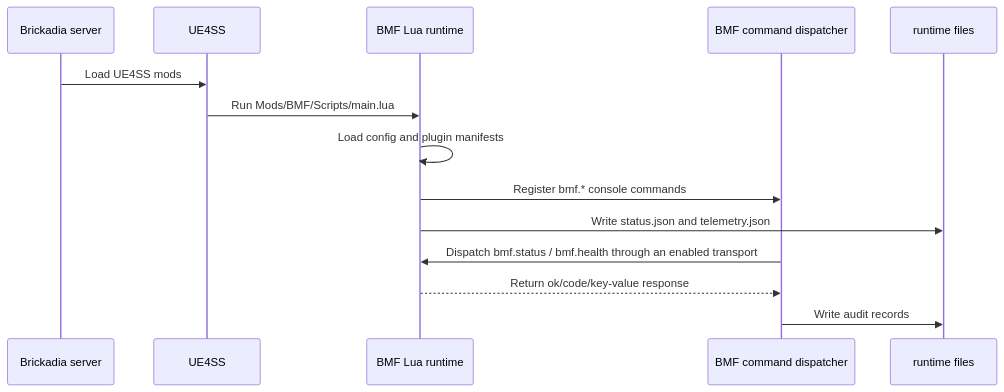
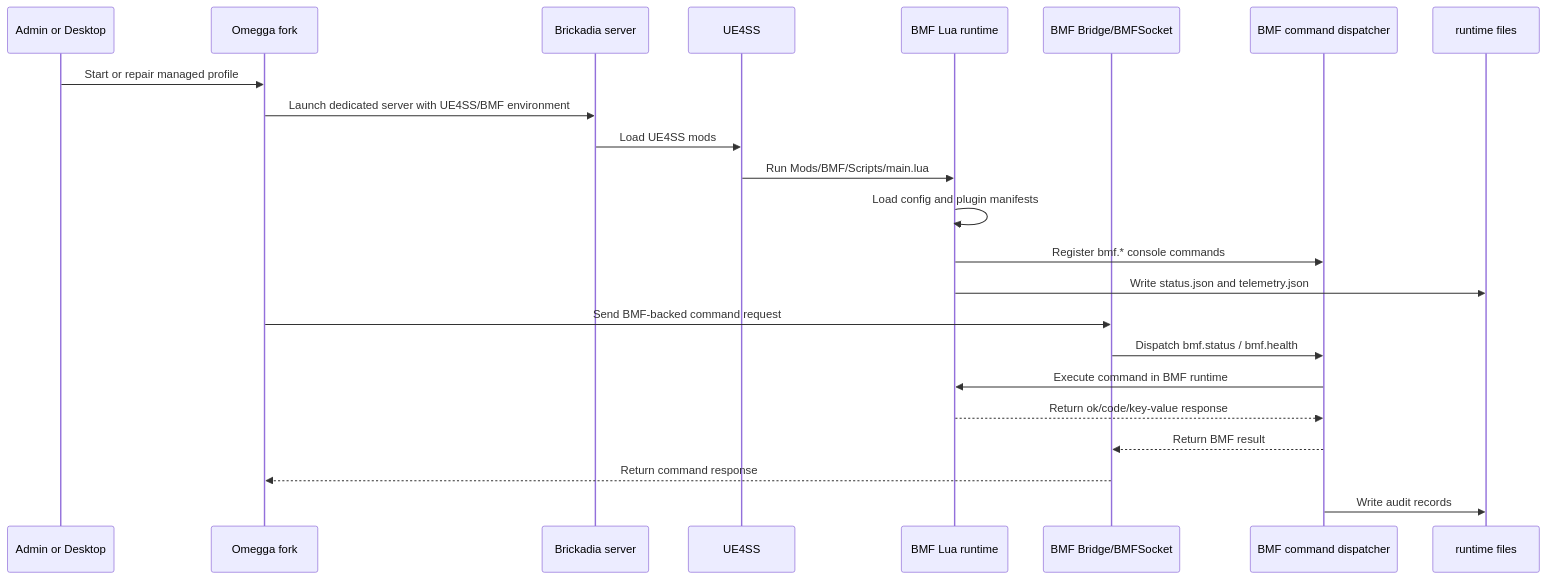
One commit to Ty-lerCox/brickadia-modding-framework changed the first of 9 diagrams in docs/architecture/architecture-patterns.md. Above: the diagram before and after it, drawn with Mermaid. The commit also changed other lines of this file and 35 other files, not shown here.

Commit message:
Refocus docs on BMF Desktop setup

````diff
--- a/docs/architecture/architecture-patterns.md
+++ b/docs/architecture/architecture-patterns.md
@@ -23,17 +25,26 @@
 ```mermaid
 sequenceDiagram
+    participant Admin as Admin or Desktop
+    participant Omegga as Omegga fork
     participant Server as Brickadia server
     participant UE4SS as UE4SS
     participant BMF as BMF Lua runtime
+    participant Bridge as BMF Bridge/BMFSocket
     participant Cmd as BMF command dispatcher
     participant Files as runtime files
 
+    Admin->>Omegga: Start or repair managed profile
+    Omegga->>Server: Launch dedicated server with UE4SS/BMF environment
     Server->>UE4SS: Load UE4SS mods
     UE4SS->>BMF: Run Mods/BMF/Scripts/main.lua
     BMF->>BMF: Load config and plugin manifests
     BMF->>Cmd: Register bmf.* console commands
     BMF->>Files: Write status.json and telemetry.json
-    Cmd->>BMF: Dispatch bmf.status / bmf.health through an enabled transport
+    Omegga->>Bridge: Send BMF-backed command request
+    Bridge->>Cmd: Dispatch bmf.status / bmf.health
+    Cmd->>BMF: Execute command in BMF runtime
     BMF-->>Cmd: Return ok/code/key-value response
+    Cmd-->>Bridge: Return BMF result
+    Bridge-->>Omegga: Return command response
     Cmd->>Files: Write audit records
 ```
````
